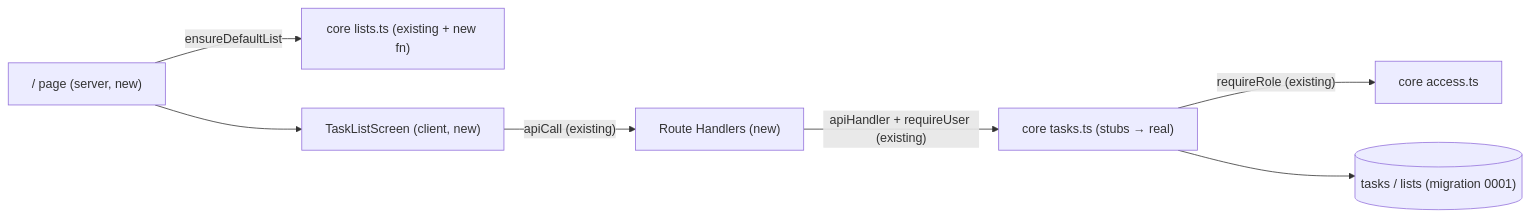
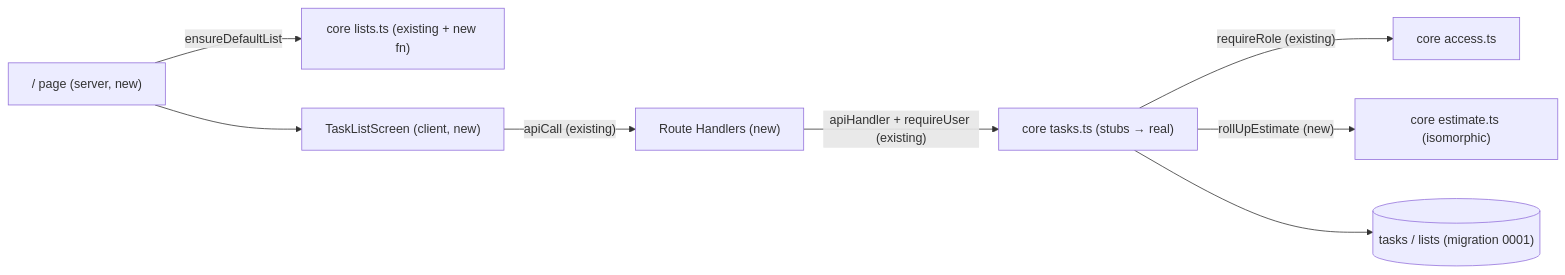
Before and after one commit to tszulczewski/taskly: the first of 2 diagrams in .ai/specs/2026-10-16-tasks-and-subtasks.md, drawn with Mermaid. The commit also changed other lines of this file and 4 other files, not shown here.

````diff
--- a/.ai/specs/2026-10-16-tasks-and-subtasks.md
+++ b/.ai/specs/2026-10-16-tasks-and-subtasks.md
@@ -62,9 +80,10 @@
 ```mermaid
 flowchart LR
     page["/ page (server, new)"] -->|"ensureDefaultList"| lists["core lists.ts (existing + new fn)"]
     page --> screen["TaskListScreen (client, new)"]
     screen -->|"apiCall (existing)"| routes["Route Handlers (new)"]
     routes -->|"apiHandler + requireUser (existing)"| tasks["core tasks.ts (stubs → real)"]
     tasks -->|"requireRole (existing)"| access["core access.ts"]
+    tasks -->|"rollUpEstimate (new)"| estimate["core estimate.ts (isomorphic)"]
     tasks --> db[("tasks / lists (migration 0001)")]
 ```
````
